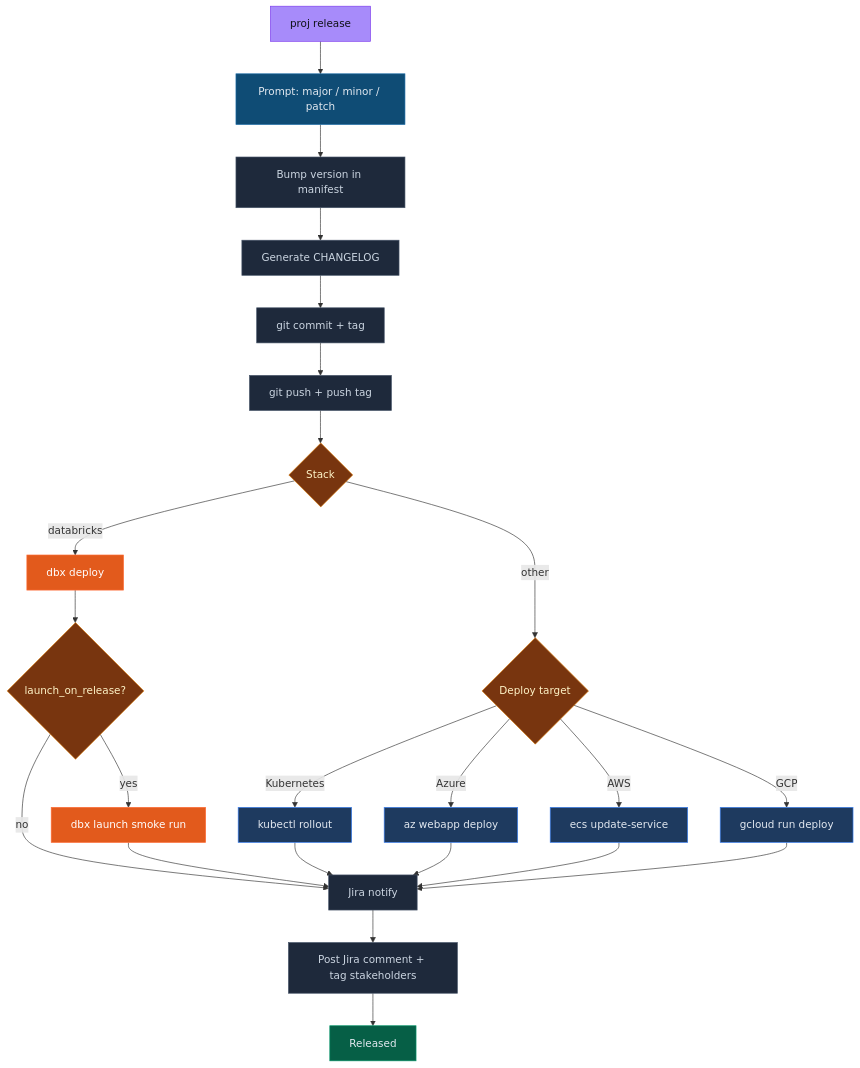
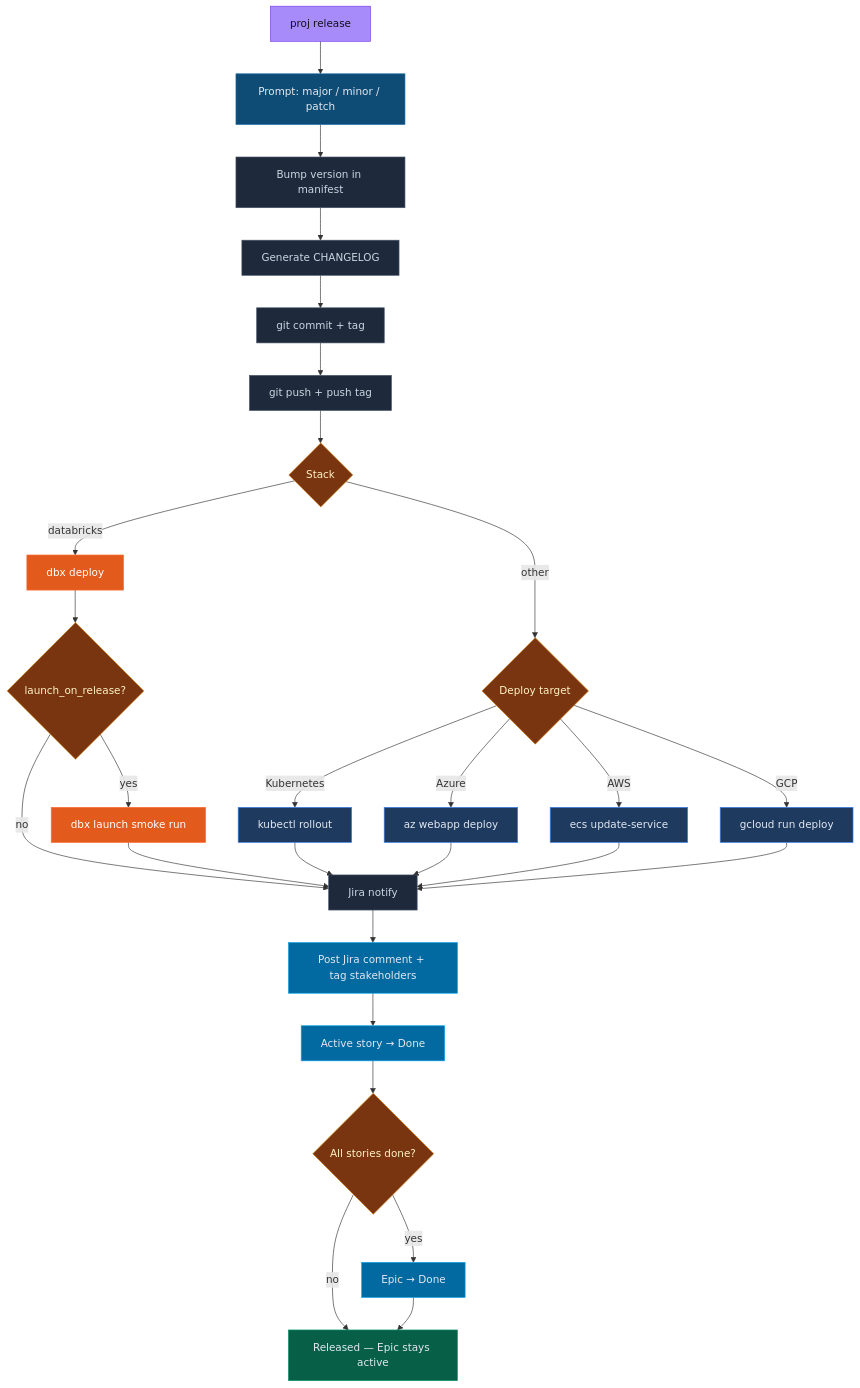
The sixth of 7 diagrams in README.md (erosrage/Athena), drawn with Mermaid before and after one commit. The commit also changed other lines of this file and 1 other file, not shown here.

First line of the commit message:
docs: update all Mermaid diagrams to current state

````diff
--- a/README.md
+++ b/README.md
@@ -192,30 +192,35 @@
 ```mermaid
 flowchart TD
     A["proj release"]:::entry
     A --> B["Prompt: major / minor / patch"]:::prompt
     B --> C["Bump version in manifest"]:::action
     C --> D["Generate CHANGELOG"]:::action
     D --> E["git commit + tag"]:::action
     E --> F["git push + push tag"]:::action
     F --> ST{"Stack"}:::decision
     ST -->|"databricks"| DB1["dbx deploy"]:::dbx
     DB1 --> DB2{"launch_on_release?"}:::decision
     DB2 -->|"yes"| DB3["dbx launch smoke run"]:::dbx
     DB2 -->|"no"| N["Jira notify"]:::action
     DB3 --> N
     ST -->|"other"| G{"Deploy target"}:::decision
     G -->|"Kubernetes"| H1["kubectl rollout"]:::deploy
     G -->|"Azure"| H2["az webapp deploy"]:::deploy
     G -->|"AWS"| H3["ecs update-service"]:::deploy
     G -->|"GCP"| H4["gcloud run deploy"]:::deploy
     H1 & H2 & H3 & H4 --> N
-    N --> I["Post Jira comment + tag stakeholders"]:::action
-    I --> Z["Released"]:::done
+    N --> JC["Post Jira comment + tag stakeholders"]:::jira
+    JC --> JS["Active story → Done"]:::jira
+    JS --> JE{"All stories done?"}:::decision
+    JE -->|"yes"| JED["Epic → Done"]:::jira
+    JE -->|"no"| Z["Released — Epic stays active"]:::done
+    JED --> Z
     classDef entry fill:#a78bfa,stroke:#7c3aed,color:#0f1117
     classDef prompt fill:#0f4c75,stroke:#1b6ca8,color:#e2e8f0
     classDef action fill:#1e293b,stroke:#475569,color:#cbd5e1
     classDef decision fill:#78350f,stroke:#d97706,color:#fef3c7
     classDef deploy fill:#1e3a5f,stroke:#3b82f6,color:#e2e8f0
     classDef done fill:#065f46,stroke:#059669,color:#e2e8f0
     classDef dbx fill:#e25a1c,stroke:#ff6b35,color:#fff
+    classDef jira fill:#0369a1,stroke:#0ea5e9,color:#e2e8f0
 ```
````
